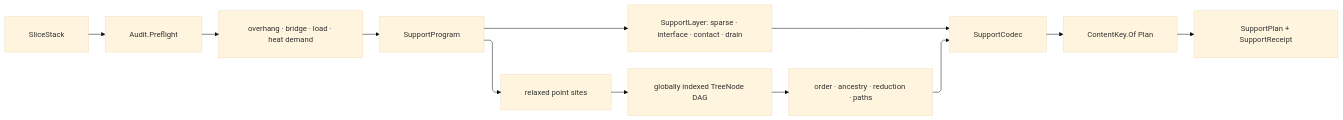
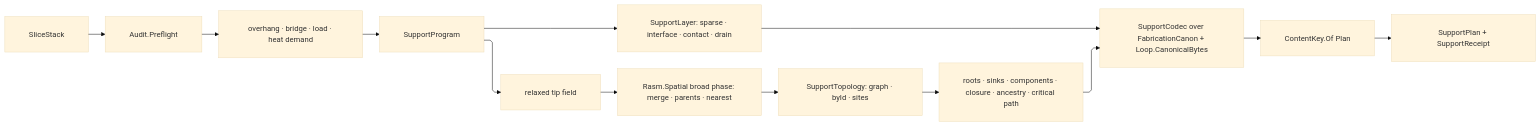
Before and after one commit to bsamiee/Rasm: the diagram in libs/csharp/Rasm.Fabrication/.planning/Additive/support.md, drawn with Mermaid (base theme). The commit also changed other lines of this file and 747 other files, not shown here.

````diff
--- a/libs/csharp/Rasm.Fabrication/.planning/Additive/support.md
+++ b/libs/csharp/Rasm.Fabrication/.planning/Additive/support.md
@@ -1251,23 +1312,24 @@
 ```mermaid
 ---
 config:
   layout: elk
   flowchart:
     curve: linear
     padding: 25
 ---
 flowchart LR
     accTitle: Additive support program derivation
-    accDescr: A slice stack preflighting into overhang, bridge, load, and heat demand, one support program branching into planar layers and relaxed point sites, the site tree resolving order, ancestry, reduction, and paths, and both legs encoding through one codec into the content-keyed plan and receipt.
+    accDescr: A slice stack preflighting into demand, one support program branching into planar layers and tip sites, descent and merge resolving through the kernel spatial broad phase into one published topology, and both legs encoding through one codec into the content-keyed plan.
     Stack["SliceStack"] --> Audit["Audit.Preflight"]
     Audit --> Demand["overhang · bridge · load · heat demand"]
     Demand --> Program["SupportProgram"]
     Program --> Planar["SupportLayer: sparse · interface · contact · drain"]
-    Program --> Sites["relaxed point sites"]
-    Sites --> Tree["globally indexed TreeNode DAG"]
-    Tree --> Graph["order · ancestry · reduction · paths"]
-    Planar --> Codec["SupportCodec"]
-    Graph --> Codec
+    Program --> Sites["relaxed tip field"]
+    Sites --> Spatial["Rasm.Spatial broad phase: merge · parents · nearest"]
+    Spatial --> Topology["SupportTopology: graph · byId · sites"]
+    Topology --> Evidence["roots · sinks · components · closure · ancestry · critical path"]
+    Planar --> Codec["SupportCodec over FabricationCanon + Loop.CanonicalBytes"]
+    Evidence --> Codec
     Codec --> Key["ContentKey.Of Plan"]
     Key --> Plan["SupportPlan + SupportReceipt"]
 ```
````
